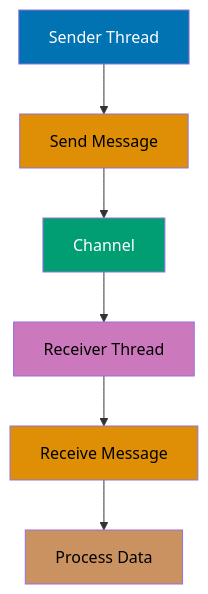
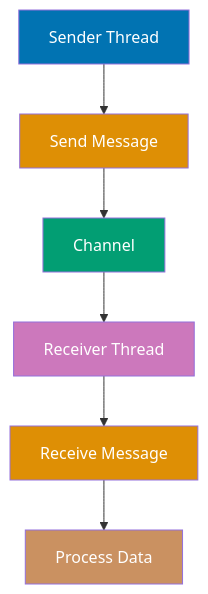
Diagram 11 of 12 in apps/ayokoding-web/content/en/learn/software-engineering/programming-languages/rust/by-example/intermediate.md (wahidyankf/open-sharia-enterprise), drawn with Mermaid before and after one commit. The commit also changed other lines of this file and 61 other files, not shown here.

First line of the commit message:
fix(ayokoding-web): quote Mermaid node labels with special characters in Example 63

````diff
--- a/apps/ayokoding-web/content/en/learn/software-engineering/programming-languages/rust/by-example/intermediate.md
+++ b/apps/ayokoding-web/content/en/learn/software-engineering/programming-languages/rust/by-example/intermediate.md
@@ -2047,15 +2047,15 @@
 ```mermaid
 graph TD
     A[Sender Thread] --> B[Send Message]
     B --> C[Channel]
     C --> D[Receiver Thread]
     D --> E[Receive Message]
     E --> F[Process Data]
 
     style A fill:#0173B2,color:#fff
-    style B fill:#DE8F05,color:#000
+    style B fill:#DE8F05,color:#fff
     style C fill:#029E73,color:#fff
-    style D fill:#CC78BC,color:#000
-    style E fill:#DE8F05,color:#000
-    style F fill:#CA9161,color:#000
+    style D fill:#CC78BC,color:#fff
+    style E fill:#DE8F05,color:#fff
+    style F fill:#CA9161,color:#fff
 ```
````
